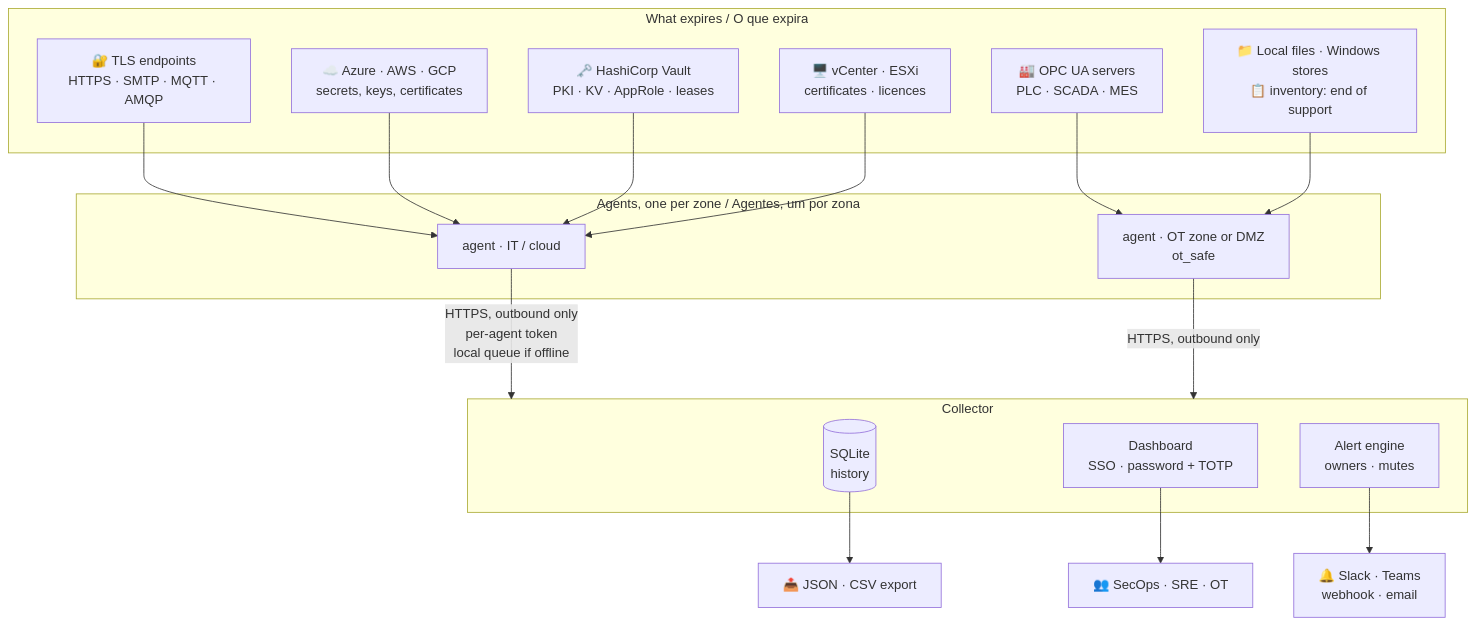
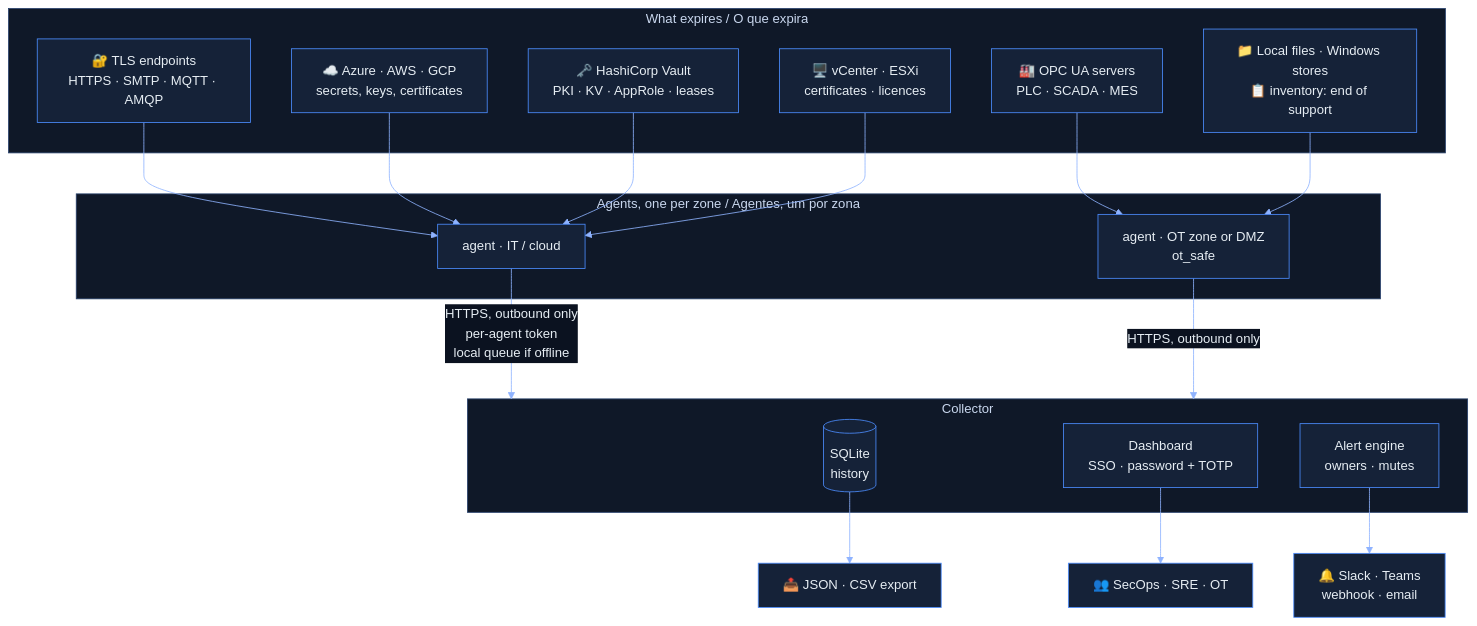
The diagram in README.md (Joao-Paulino/expiry-radar), drawn with Mermaid before and after one commit.

Commit message:
docs(readme): dark theme for the how-it-works diagram, matching the dashboard
Claude-Session: https://claude.ai/code/session_013PbHq3GyzigZKirggUP3TX

````diff
--- a/README.md
+++ b/README.md
@@ -115,30 +115,31 @@
 ```mermaid
+%%{init: {"theme": "base", "themeVariables": {"darkMode": true, "background": "#0b1220", "primaryColor": "#152238", "primaryTextColor": "#e6edf3", "primaryBorderColor": "#4c8dff", "lineColor": "#8fb3ff", "secondaryColor": "#101a2c", "tertiaryColor": "#0f1828", "clusterBkg": "#0f1828", "clusterBorder": "#27406b", "edgeLabelBackground": "#0b1220", "titleColor": "#c9d7ee", "fontFamily": "Inter, Segoe UI, Helvetica, Arial, sans-serif"}}}%%
 flowchart TB
   subgraph SRC["What expires / O que expira"]
     TLS["🔐 TLS endpoints<br/>HTTPS · SMTP · MQTT · AMQP"]
     CLOUD["☁️ Azure · AWS · GCP<br/>secrets, keys, certificates"]
     VAULT["🗝️ HashiCorp Vault<br/>PKI · KV · AppRole · leases"]
     VMW["🖥️ vCenter · ESXi<br/>certificates · licences"]
     OPC["🏭 OPC UA servers<br/>PLC · SCADA · MES"]
     LOCAL["📁 Local files · Windows stores<br/>📋 inventory: end of support"]
   end
 
   subgraph AG["Agents, one per zone / Agentes, um por zona"]
     A1["agent · IT / cloud"]
     A2["agent · OT zone or DMZ<br/>ot_safe"]
   end
 
   subgraph COL["Collector"]
     DB[("SQLite<br/>history")]
     UI["Dashboard<br/>SSO · password + TOTP"]
     RULES["Alert engine<br/>owners · mutes"]
   end
 
   TLS & CLOUD & VAULT & VMW --> A1
   OPC & LOCAL --> A2
   A1 -- "HTTPS, outbound only<br/>per-agent token<br/>local queue if offline" --> COL
   A2 -- "HTTPS, outbound only" --> COL
   RULES --> N["🔔 Slack · Teams<br/>webhook · email"]
   UI --> U["👥 SecOps · SRE · OT"]
   DB --> X["📤 JSON · CSV export"]
 ```
````
